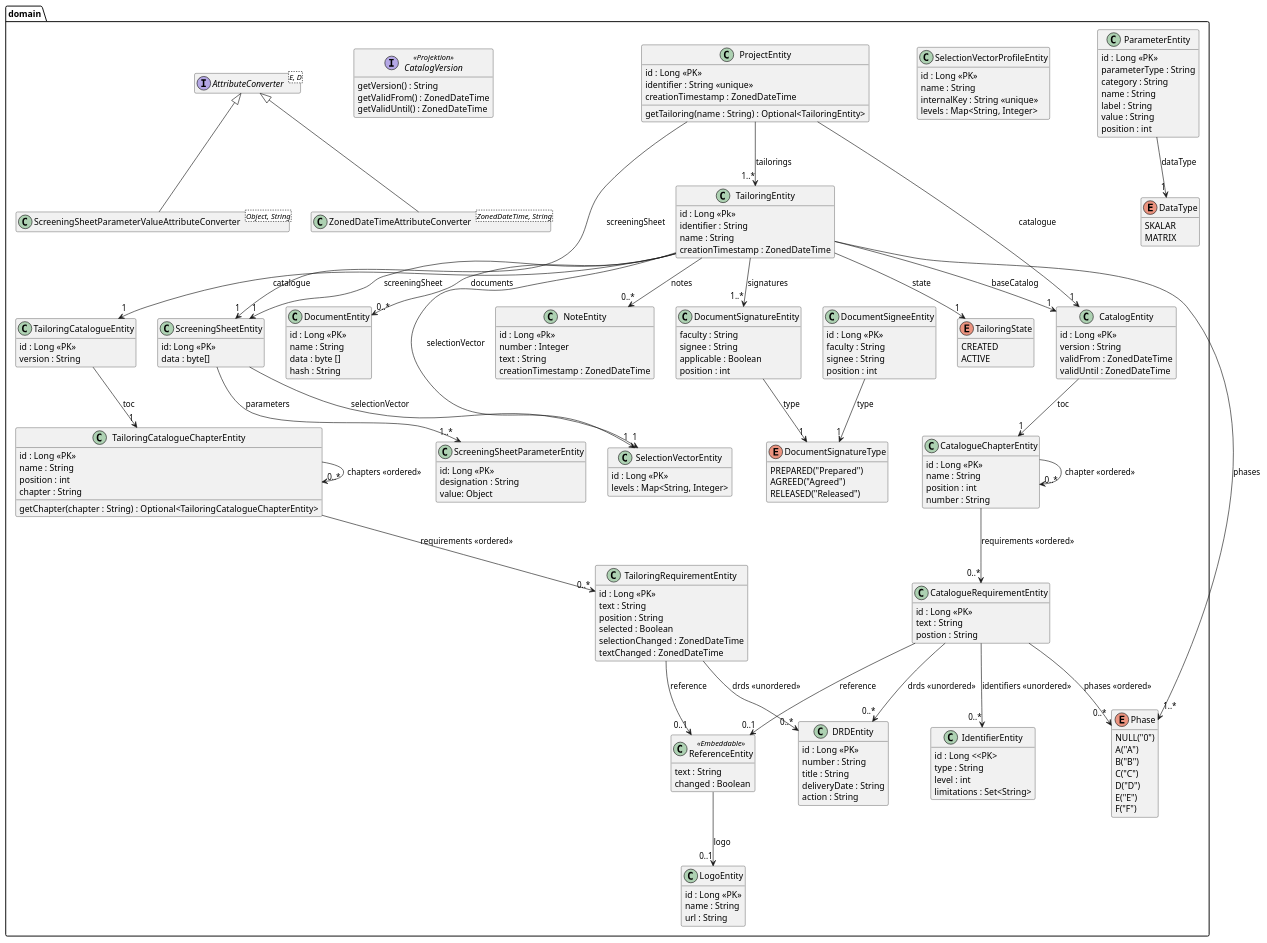
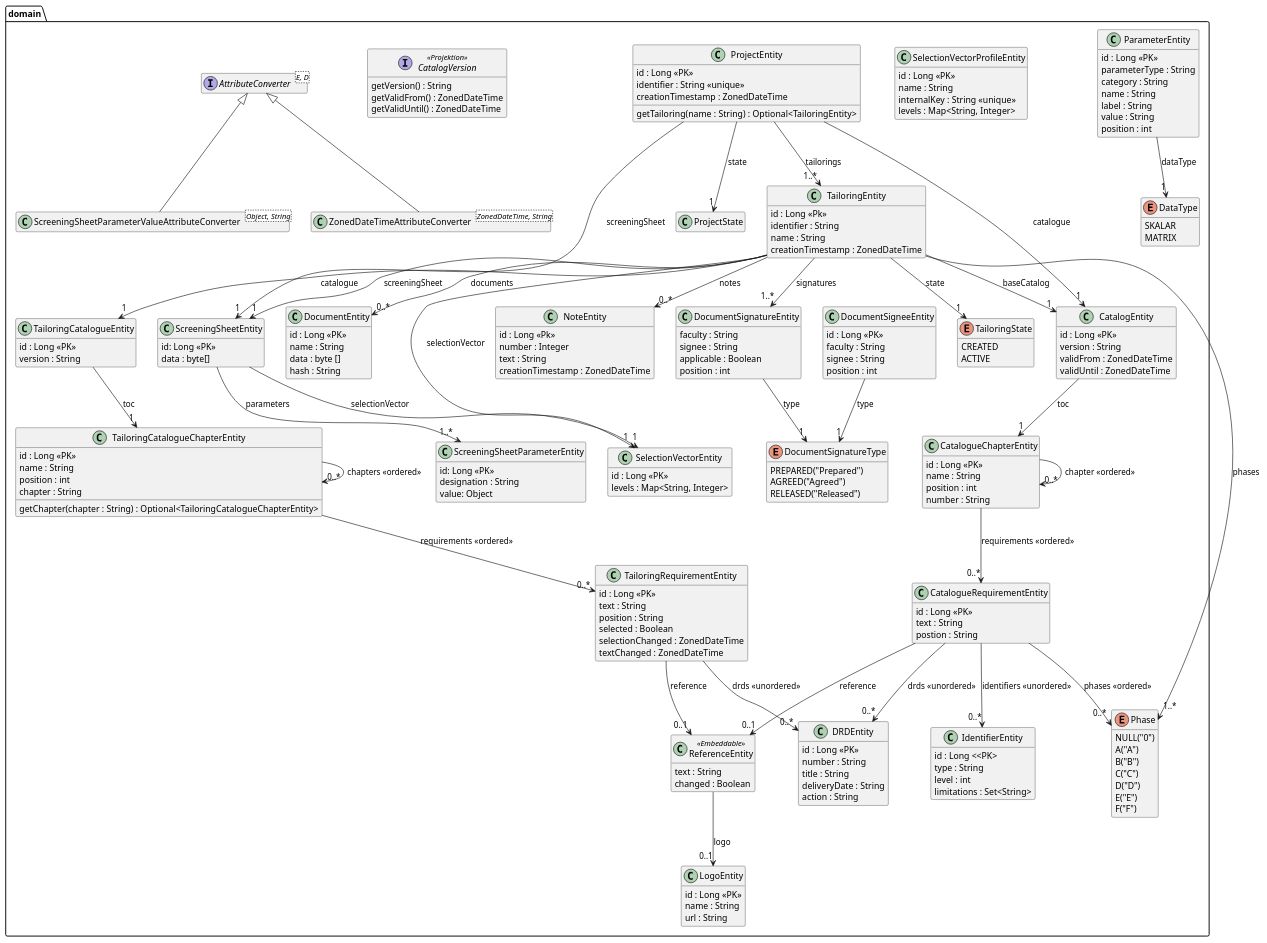
One commit to tailoringexpert/platform changed the diagram in src/site/arc42/plantuml/data-jpa/domain/Ebene3.plantuml. Above: the diagram before and after it, drawn with PlantUML. The commit also changed 6 other files, not shown here.

```diff
--- a/src/site/arc42/plantuml/data-jpa/domain/Ebene3.plantuml
+++ b/src/site/arc42/plantuml/data-jpa/domain/Ebene3.plantuml
@@ -207,7 +207,7 @@
     ProjectEntity --> "1" CatalogEntity : catalogue
     ProjectEntity --> "1" ScreeningSheetEntity : screeningSheet
     ProjectEntity --> "1..*" TailoringEntity : tailorings
-
+    ProjectEntity --> "1" ProjectState : state
 
     interface CatalogVersion<<Projektion>> {
         getVersion() : String
```
